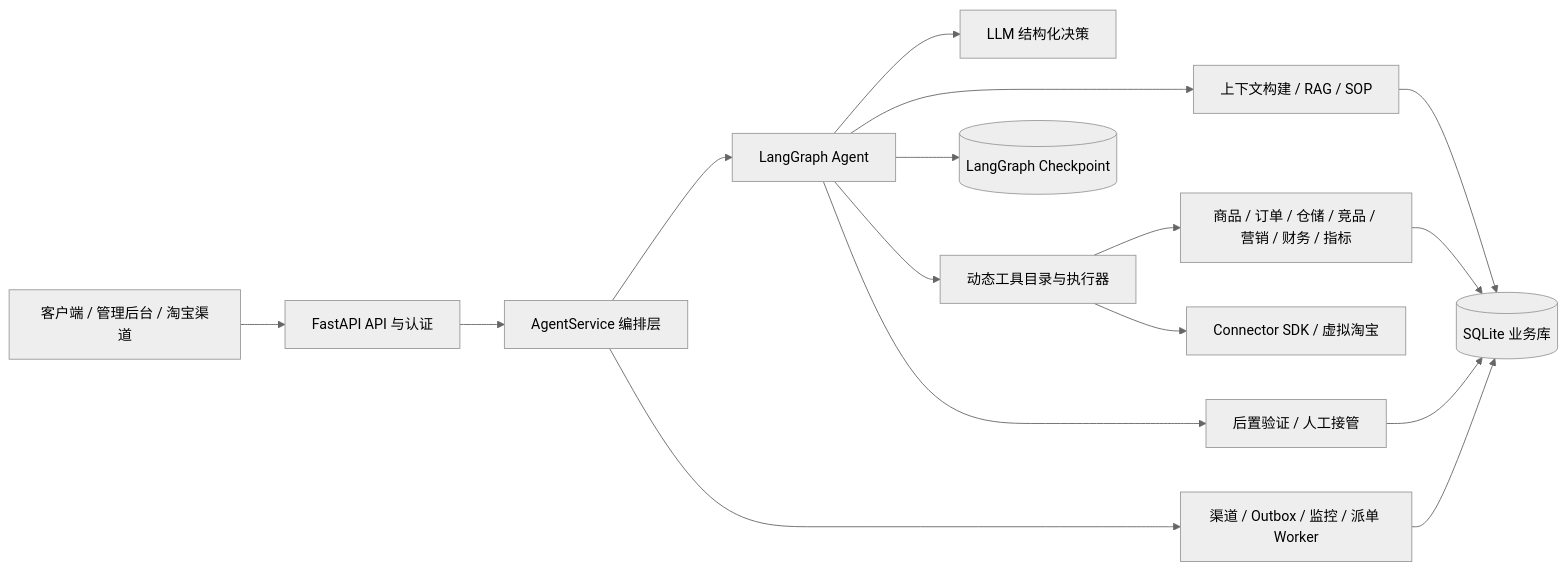
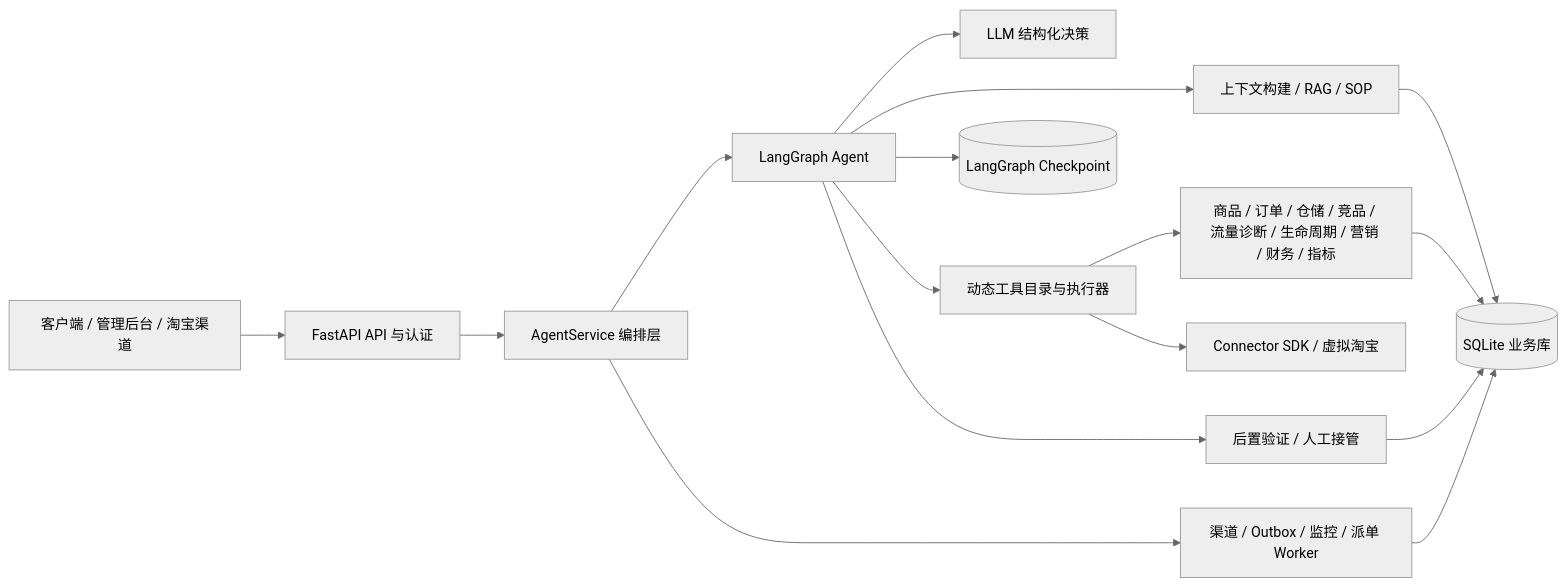
Before and after one commit to a1024053774/yunpai-ecommerce-agent: the diagram in README.md, drawn with Mermaid (neutral theme). The commit also changed other lines of this file, not shown here.

````diff
--- a/README.md
+++ b/README.md
@@ -7,18 +27,18 @@
 ```mermaid
 flowchart LR
     clients["客户端 / 管理后台 / 淘宝渠道"] --> api["FastAPI API 与认证"]
     api --> service["AgentService 编排层"]
     service --> agent["LangGraph Agent"]
     agent --> context["上下文构建 / RAG / SOP"]
     agent --> model["LLM 结构化决策"]
     agent --> tools["动态工具目录与执行器"]
-    tools --> modules["商品 / 订单 / 仓储 / 竞品 / 营销 / 财务 / 指标"]
+    tools --> modules["商品 / 订单 / 仓储 / 竞品 / 流量诊断 / 生命周期 / 营销 / 财务 / 指标"]
     tools --> connectors["Connector SDK / 虚拟淘宝"]
     agent --> handoff["后置验证 / 人工接管"]
     service --> workers["渠道 / Outbox / 监控 / 派单 Worker"]
     context --> appdb[("SQLite 业务库")]
     modules --> appdb
     handoff --> appdb
     workers --> appdb
     agent --> checkpoints[("LangGraph Checkpoint")]
 ```
````
